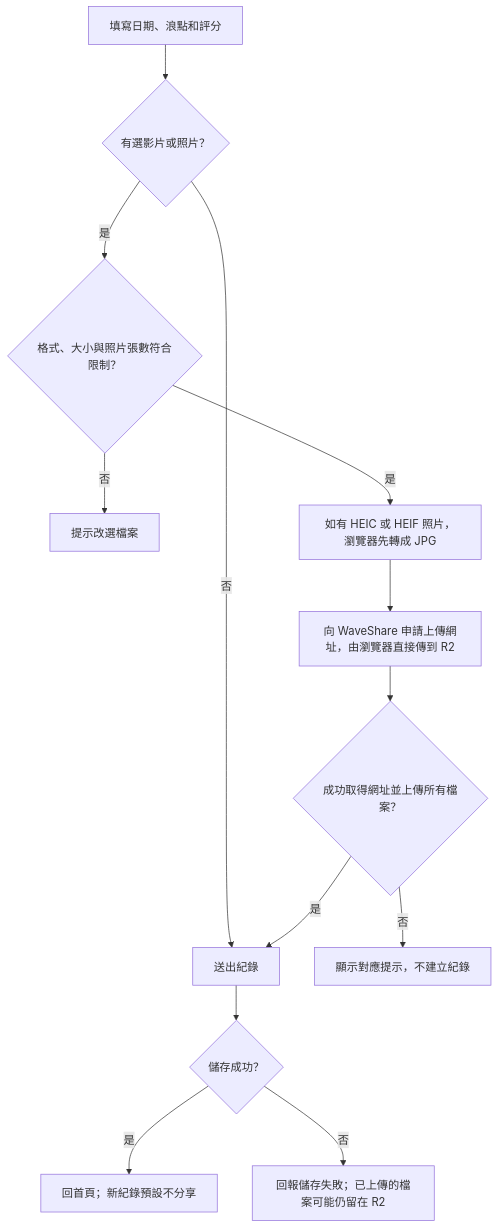
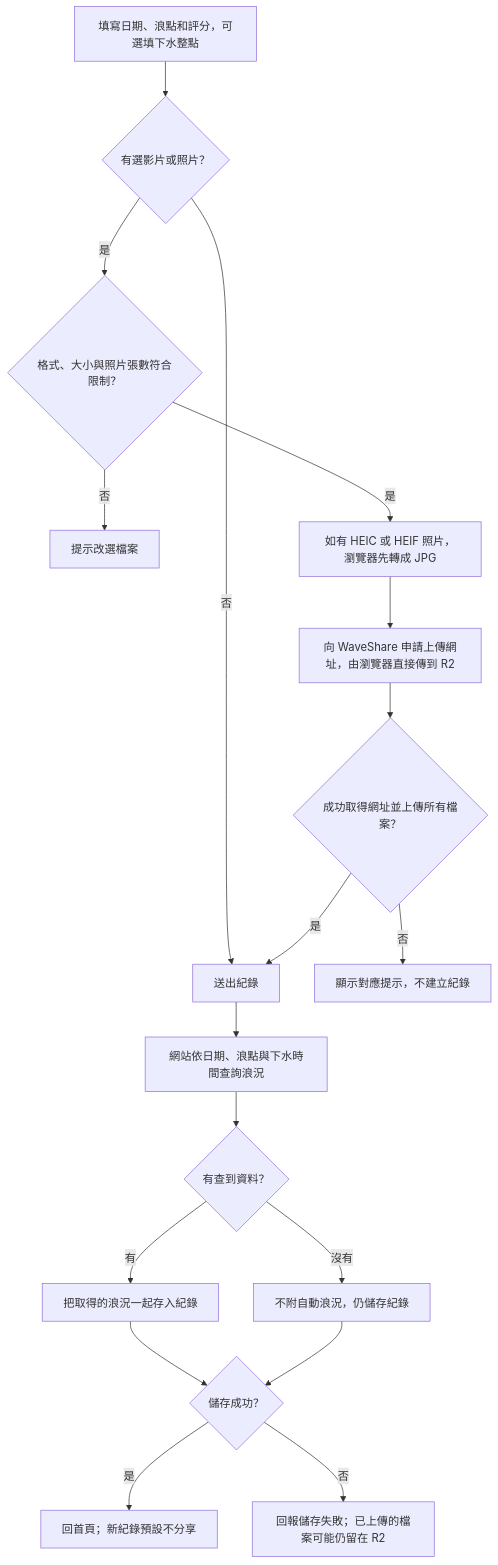
One commit to ChristingChang/waveshare changed the second of 7 diagrams in docs/flows.md. Above: the diagram before and after it, drawn with Mermaid. The commit also changed other lines of this file and 4 other files, not shown here.

````diff
--- a/docs/flows.md
+++ b/docs/flows.md
@@ -31,15 +31,20 @@
 ```mermaid
 flowchart TD
-    A["填寫日期、浪點和評分"] --> B{"有選影片或照片？"}
+    A["填寫日期、浪點和評分，可選填下水整點"] --> B{"有選影片或照片？"}
     B -->|否| I["送出紀錄"]
     B -->|是| C{"格式、大小與照片張數符合限制？"}
     C -->|否| D["提示改選檔案"]
     C -->|是| E["如有 HEIC 或 HEIF 照片，瀏覽器先轉成 JPG"]
     E --> G["向 WaveShare 申請上傳網址，由瀏覽器直接傳到 R2"]
     G --> H{"成功取得網址並上傳所有檔案？"}
     H -->|否| F["顯示對應提示，不建立紀錄"]
     H -->|是| I
-    I --> J{"儲存成功？"}
+    I --> M["網站依日期、浪點與下水時間查詢浪況"]
+    M --> N{"有查到資料？"}
+    N -->|有| O["把取得的浪況一起存入紀錄"]
+    N -->|沒有| P["不附自動浪況，仍儲存紀錄"]
+    O --> J{"儲存成功？"}
+    P --> J
     J -->|是| K["回首頁；新紀錄預設不分享"]
     J -->|否| L["回報儲存失敗；已上傳的檔案可能仍留在 R2"]
 ```
````
